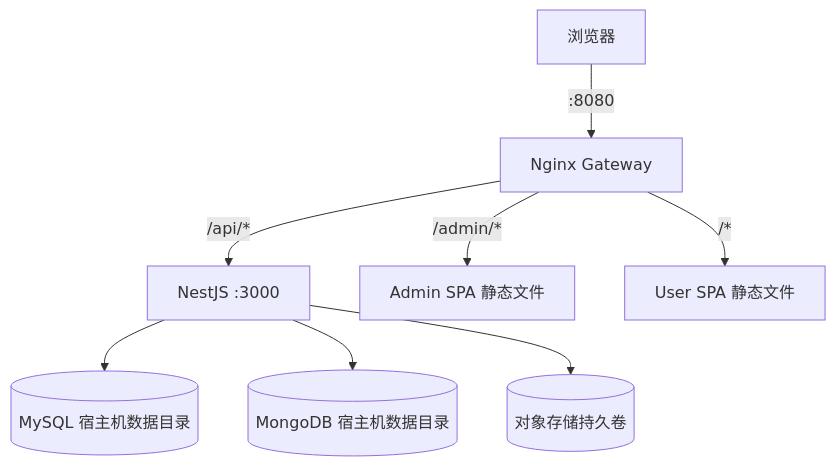
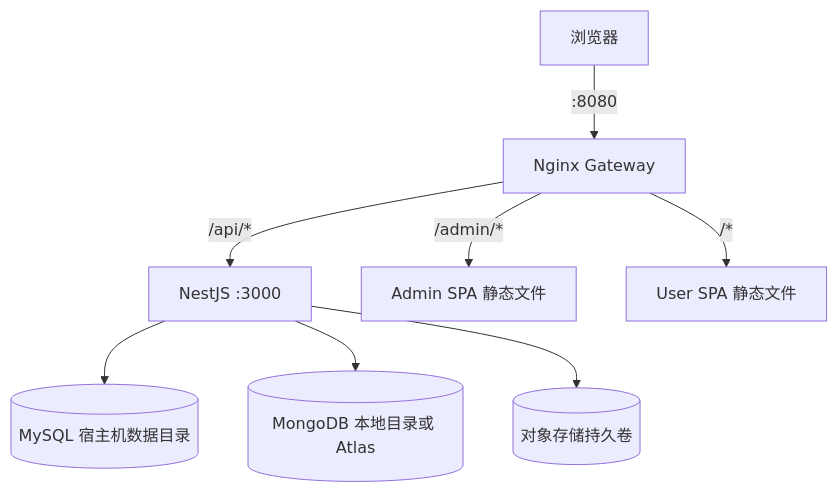
The seventh of 7 diagrams in docs/backend-architecture.md (Duex-long/wuxu-platform), drawn with Mermaid before and after one commit. The commit also changed other lines of this file and 11 other files, not shown here.

Commit message:
feat: support MongoDB Atlas deployment

````diff
--- a/docs/backend-architecture.md
+++ b/docs/backend-architecture.md
@@ -586,10 +586,10 @@
 ```mermaid
 flowchart TB
     CLIENT[浏览器] -->|:8080| GW[Nginx Gateway]
     GW -->|/api/*| API[NestJS :3000]
     GW -->|/admin/*| ADMIN[Admin SPA 静态文件]
     GW -->|/*| USER[User SPA 静态文件]
     API --> MYSQL[(MySQL 宿主机数据目录)]
-    API --> MONGO[(MongoDB 宿主机数据目录)]
+    API --> MONGO[(MongoDB 本地目录或 Atlas)]
     API --> S3[(对象存储持久卷)]
 ```
````
